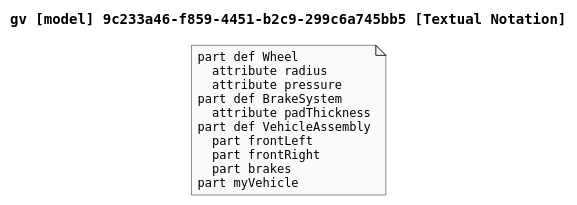
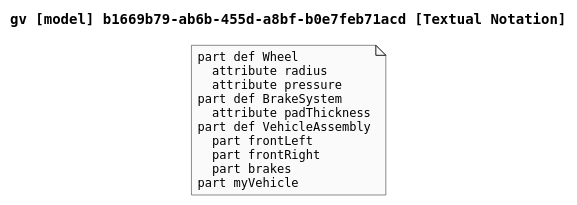
One commit to mycr0ft/sysml2py changed the diagram in docs/plantuml-examples/14-textual-notation.puml. Above: the diagram before and after it, drawn with PlantUML. The commit also changed 27 other files, not shown here.

```diff
--- a/docs/plantuml-examples/14-textual-notation.puml
+++ b/docs/plantuml-examples/14-textual-notation.puml
@@ -1,23 +1,23 @@
 @startuml
 
 skinparam monochrome true
 skinparam defaultFontSize 12
 skinparam defaultFontName Helvetica
 skinparam defaultFontName Monospaced
 
-title gv [model] 9c233a46-f859-4451-b2c9-299c6a745bb5 [Textual Notation]
+title gv [model] b1669b79-ab6b-455d-a8bf-b0e7feb71acd [Textual Notation]
 
 note as TextualNotation
 part def Wheel
   attribute radius
   attribute pressure
 part def BrakeSystem
   attribute padThickness
 part def VehicleAssembly
   part frontLeft
   part frontRight
   part brakes
 part myVehicle
 end note
 
 @enduml
```
